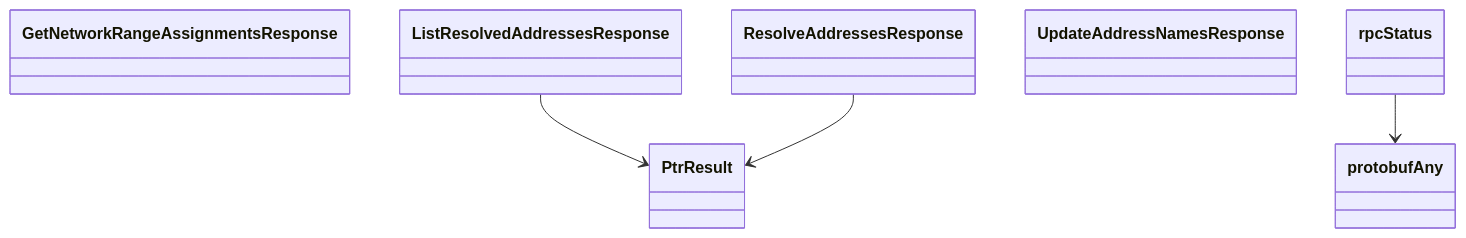
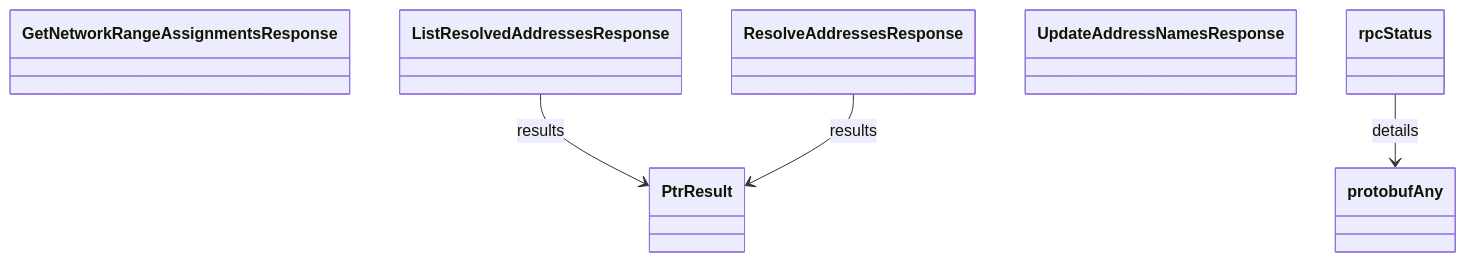
One commit to alexdearaujo/community_sdk_python changed the diagram in docs/sphinx/services/kptr.md. Above: the diagram before and after it, drawn with Mermaid. The commit also changed other lines of this file and 129 other files, not shown here.

````diff
--- a/docs/sphinx/services/kptr.md
+++ b/docs/sphinx/services/kptr.md
@@ -15,13 +17,13 @@
 ```mermaid
 classDiagram
     class GetNetworkRangeAssignmentsResponse
     class ListResolvedAddressesResponse
     class PtrResult
     class ResolveAddressesResponse
     class UpdateAddressNamesResponse
     class protobufAny
     class rpcStatus
-    ListResolvedAddressesResponse --> PtrResult
-    ResolveAddressesResponse --> PtrResult
-    rpcStatus --> protobufAny
+    ListResolvedAddressesResponse --> PtrResult : results
+    ResolveAddressesResponse --> PtrResult : results
+    rpcStatus --> protobufAny : details
 ```
````
